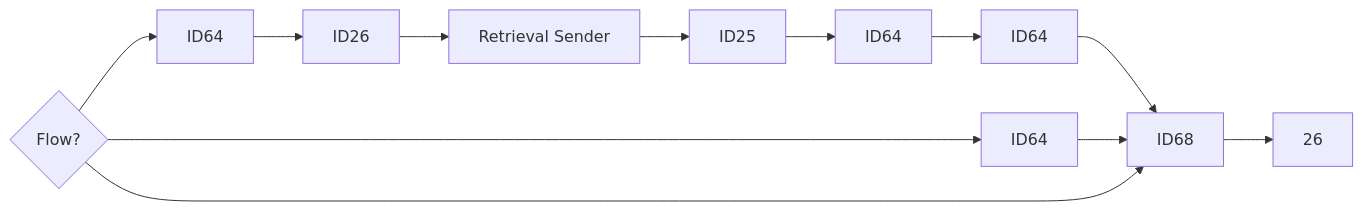
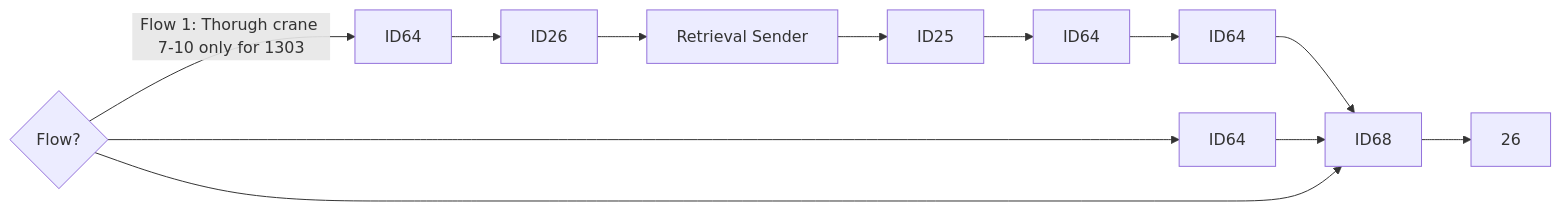
Before and after one commit to luthfiadityaa/SimeDarby-Wiki: the third of 15 diagrams in Basic-Design/DFD-WMS/Retrieval/Specific-Location-Retrieval-Setting.md, drawn with Mermaid. The commit also changed other lines of this file, not shown here.

Commit message:
Updated Specific Location Retrieval Setting

```diff
--- a/Basic-Design/DFD-WMS/Retrieval/Specific-Location-Retrieval-Setting.md
+++ b/Basic-Design/DFD-WMS/Retrieval/Specific-Location-Retrieval-Setting.md
@@ -18,9 +18,9 @@
 ::: mermaid
 flowchart LR
 
 Cond1{Flow?} 
 
-Cond1{Flow?}-->P5[ID64]-->P8[ID26]-->P9[Retrieval Sender]-->P10[ID25]-->P11[ID64]-->P12[ID64]-->P7[ID68]
+Cond1{Flow?}--> |Flow 1: Thorugh crane 7-10 only for 1303| P5[ID64]-->P8[ID26]-->P9[Retrieval Sender]-->P10[ID25]-->P11[ID64]-->P12[ID64]-->P7[ID68]
 Cond1{Flow?}-->P6[ID64]-->P7[ID68]
 Cond1{Flow?}-->P7[ID68]-->P13[26]
 :::
```
